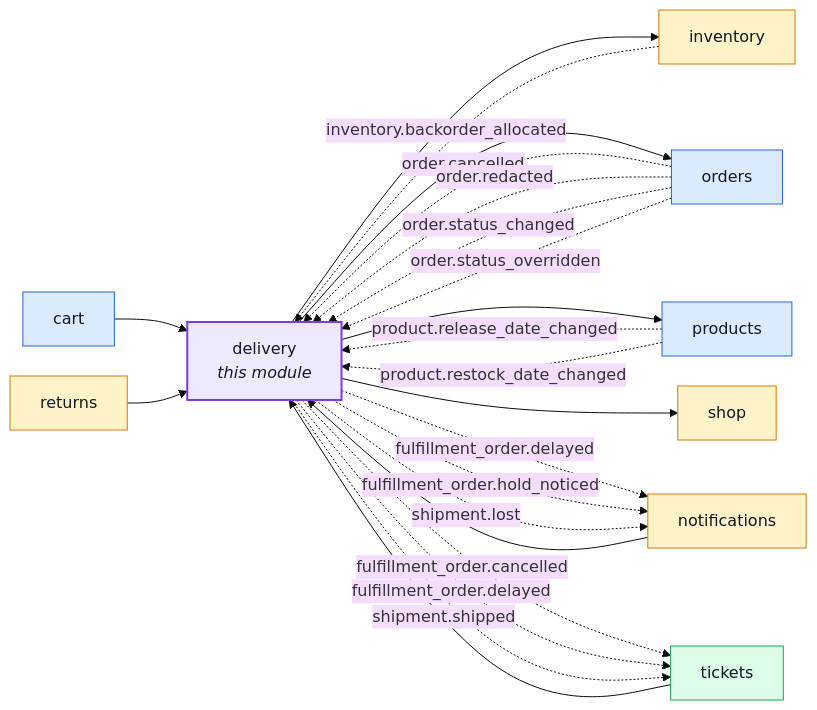
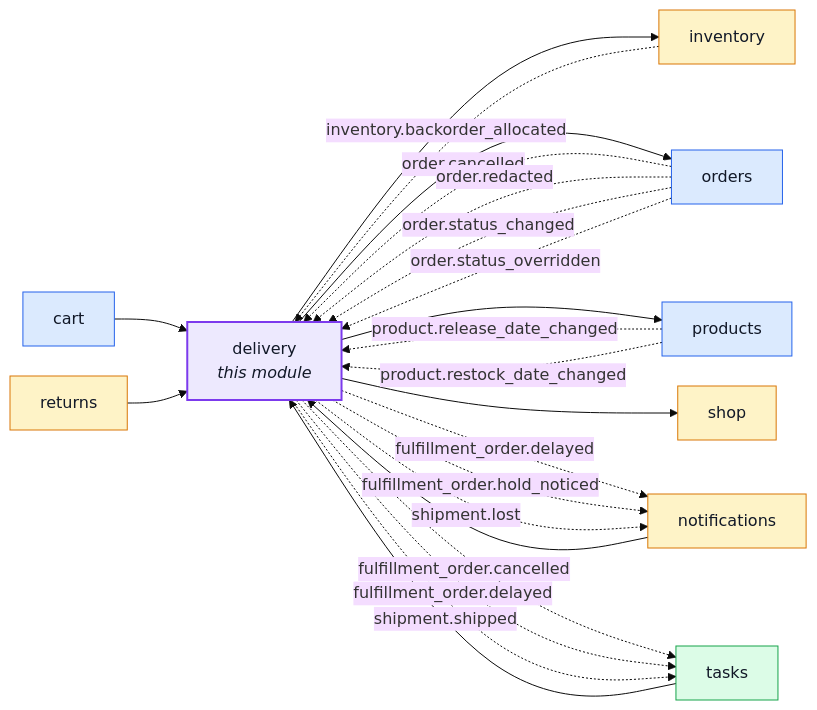
One commit to Guebbit/boilerplate-node-backend changed the first of 8 diagrams in docs/modules/delivery.md. Above: the diagram before and after it, drawn with Mermaid (base theme). The commit also changed other lines of this file and 251 other files, not shown here.

First line of the commit message:
refactor(tasks)!: rename the tickets module to tasks, contract included

````diff
--- a/docs/modules/delivery.md
+++ b/docs/modules/delivery.md
@@ -16,44 +16,44 @@
 ```mermaid
 %%{init: {'flowchart': {'nodeSpacing': 30, 'rankSpacing': 60}}}%%
 flowchart LR
     delivery["delivery<br/><i>this module</i>"]
     cart["cart"]
     inventory["inventory"]
     notifications["notifications"]
     orders["orders"]
     products["products"]
     returns["returns"]
     shop["shop"]
-    tickets["tickets"]
+    tasks["tasks"]
 
     cart --> delivery
     notifications --> delivery
     returns --> delivery
-    tickets --> delivery
+    tasks --> delivery
     delivery --> inventory
     delivery --> orders
     delivery --> products
     delivery --> shop
     inventory -. "inventory.backorder_allocated" .-> delivery
     orders -. "order.cancelled" .-> delivery
     orders -. "order.redacted" .-> delivery
     orders -. "order.status_changed" .-> delivery
     orders -. "order.status_overridden" .-> delivery
     products -. "product.release_date_changed" .-> delivery
     products -. "product.restock_date_changed" .-> delivery
     delivery -. "fulfillment_order.delayed" .-> notifications
     delivery -. "fulfillment_order.hold_noticed" .-> notifications
     delivery -. "shipment.lost" .-> notifications
-    delivery -. "fulfillment_order.cancelled" .-> tickets
-    delivery -. "fulfillment_order.delayed" .-> tickets
-    delivery -. "shipment.shipped" .-> tickets
+    delivery -. "fulfillment_order.cancelled" .-> tasks
+    delivery -. "fulfillment_order.delayed" .-> tasks
+    delivery -. "shipment.shipped" .-> tasks
 
     classDef core fill:#dbeafe,stroke:#2563eb,color:#111827;
     classDef supporting fill:#fef3c7,stroke:#d97706,color:#111827;
     classDef generic fill:#dcfce7,stroke:#16a34a,color:#111827;
     classDef centre fill:#ede9fe,stroke:#7c3aed,stroke-width:2px,color:#111827;
     class cart,orders,products core;
     class inventory,notifications,returns,shop supporting;
-    class tickets generic;
+    class tasks generic;
     class delivery centre;
 ```
````
